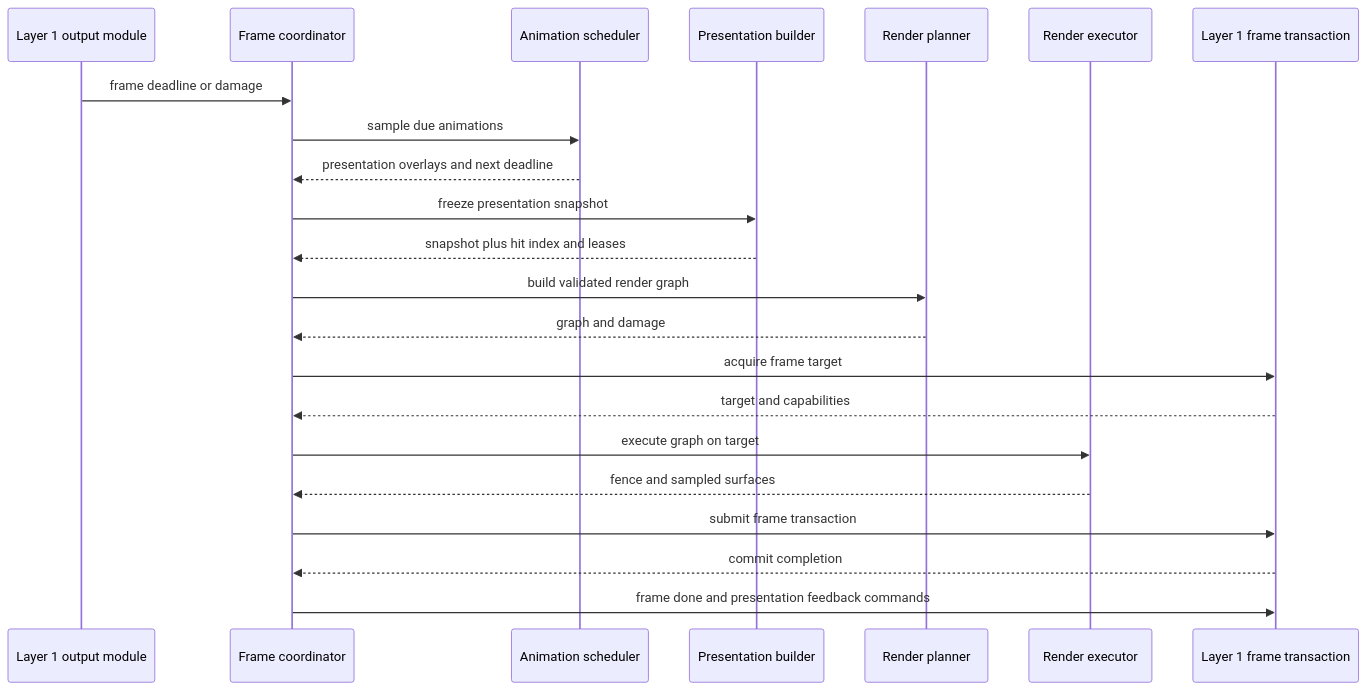
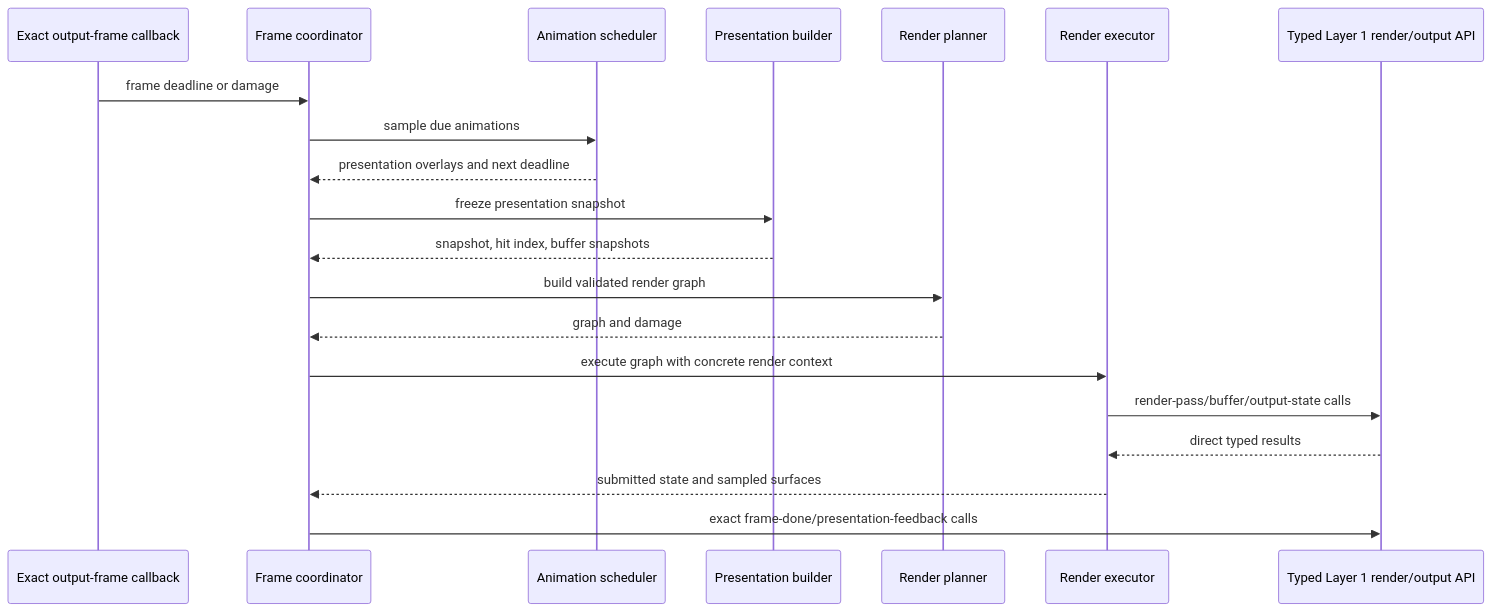
Before and after one commit to SeungheonOh/ataxia: diagram 17 of 20 in docs/LAYER-2-CLOS-DESIGN.md, drawn with Mermaid. The commit also changed other lines of this file, not shown here.

````diff
--- a/docs/LAYER-2-CLOS-DESIGN.md
+++ b/docs/LAYER-2-CLOS-DESIGN.md
@@ -1197,25 +1199,23 @@
 ```mermaid
 sequenceDiagram
-    participant O as Layer 1 output module
+    participant O as Exact output-frame callback
     participant FC as Frame coordinator
     participant AS as Animation scheduler
     participant PB as Presentation builder
     participant RP as Render planner
     participant RE as Render executor
-    participant L1 as Layer 1 frame transaction
+    participant L1 as Typed Layer 1 render/output API
 
     O->>FC: frame deadline or damage
     FC->>AS: sample due animations
     AS-->>FC: presentation overlays and next deadline
     FC->>PB: freeze presentation snapshot
-    PB-->>FC: snapshot plus hit index and leases
+    PB-->>FC: snapshot, hit index, buffer snapshots
     FC->>RP: build validated render graph
     RP-->>FC: graph and damage
-    FC->>L1: acquire frame target
-    L1-->>FC: target and capabilities
-    FC->>RE: execute graph on target
-    RE-->>FC: fence and sampled surfaces
-    FC->>L1: submit frame transaction
-    L1-->>FC: commit completion
-    FC->>L1: frame done and presentation feedback commands
+    FC->>RE: execute graph with concrete render context
+    RE->>L1: render-pass/buffer/output-state calls
+    L1-->>RE: direct typed results
+    RE-->>FC: submitted state and sampled surfaces
+    FC->>L1: exact frame-done/presentation-feedback calls
 ```
````
